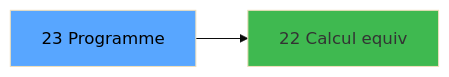
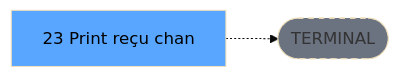
Before and after one commit to thonyAGP/lecteur-magic: the third of 3 diagrams in .openspec/renders/ADH-IDE-23.md, drawn with Mermaid (base theme). The commit also changed other lines of this file and 701 other files, not shown here.

````diff
--- a/.openspec/renders/ADH-IDE-23.md
+++ b/.openspec/renders/ADH-IDE-23.md
@@ -163,8 +141,8 @@
 ```mermaid
 graph LR
-    T[23 Programme]
-    C22[22 Calcul equiv]
-    T --> C22
+    T[23 Print reçu chan]
+    TERM([TERMINAL])
+    T -.-> TERM
+    style TERM fill:#6b7280,stroke-dasharray: 5 5
     style T fill:#58a6ff,color:#000
-    style C22 fill:#3fb950
 ```
````
